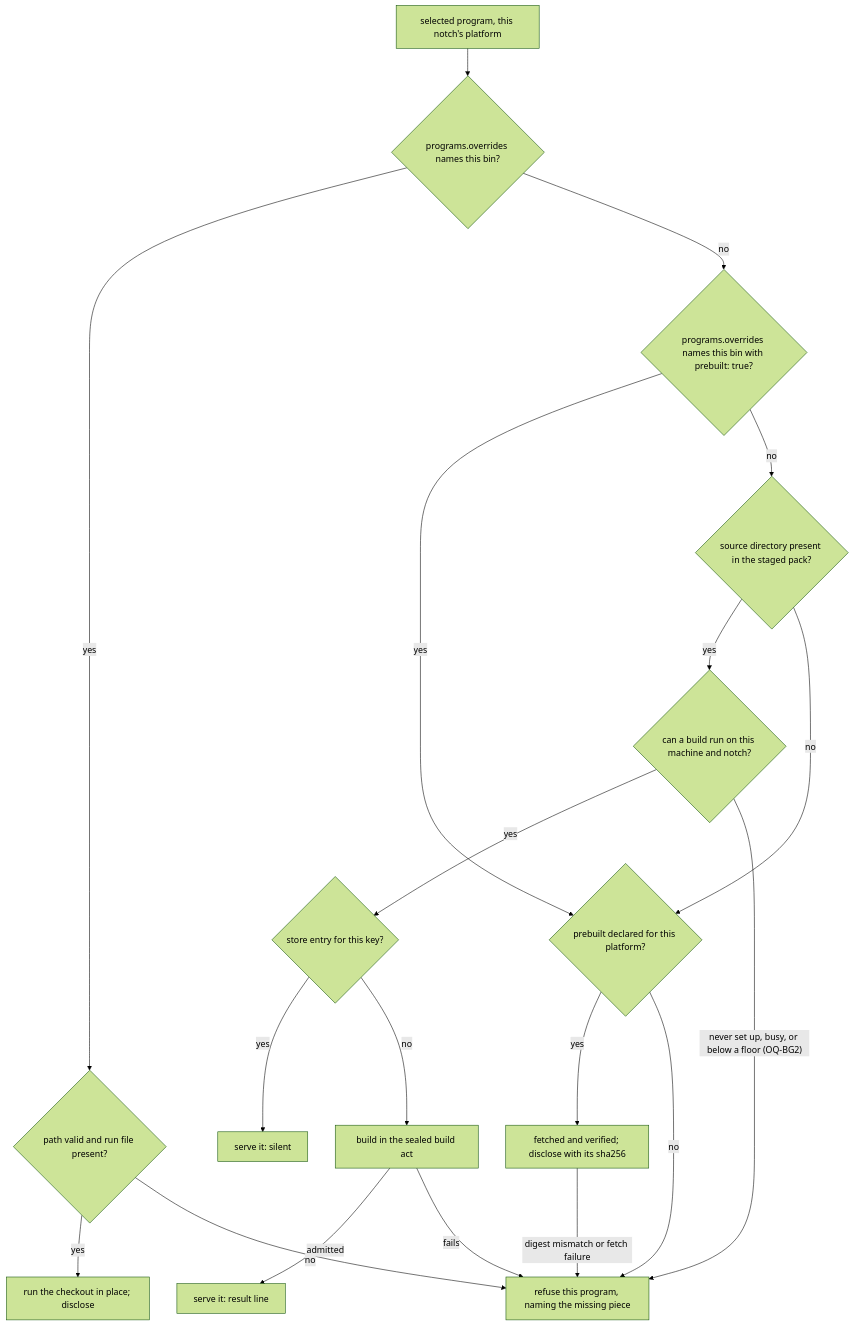
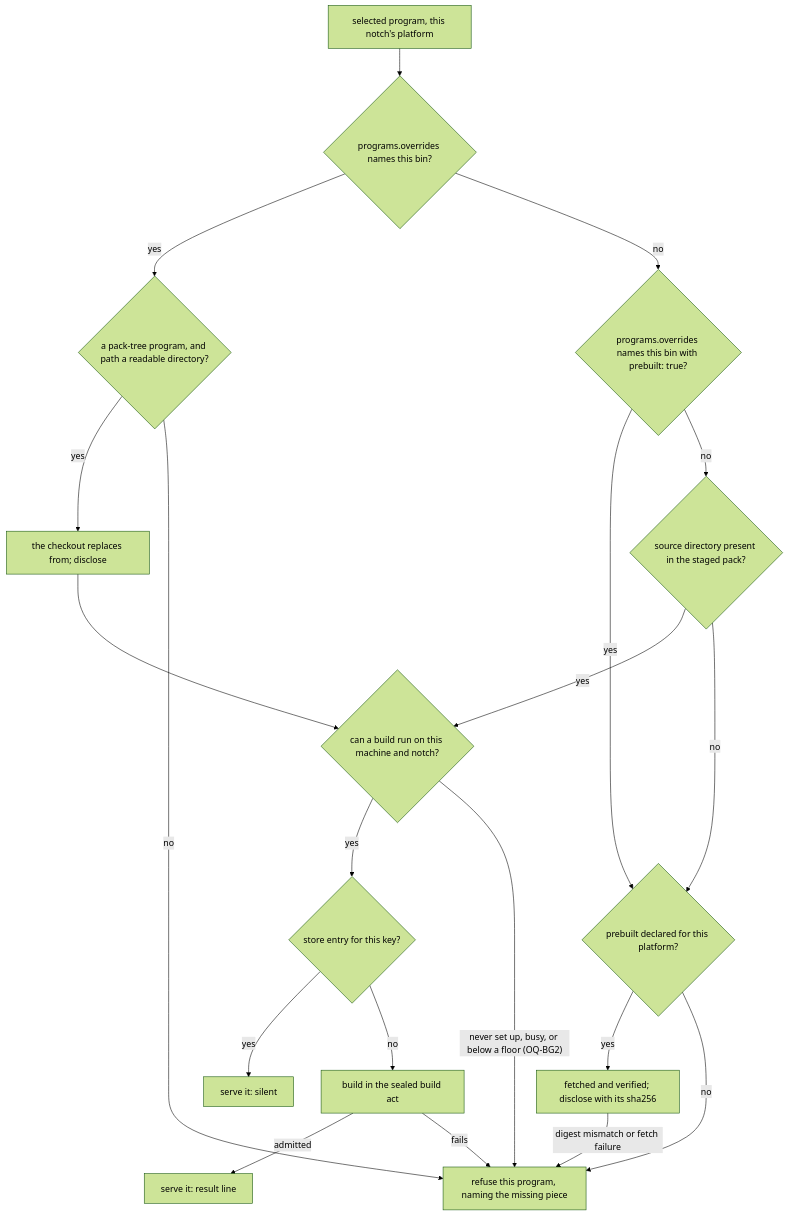
One commit to kurt-hs/yolo-jail changed the diagram in docs/design/pack-buildable-programs.md. Above: the diagram before and after it, drawn with Mermaid (forest theme). The commit also changed other lines of this file and 58 other files, not shown here.

First line of the commit message:
feat(build): build a dev override's checkout like its pack's tree at each launch

````diff
--- a/docs/design/pack-buildable-programs.md
+++ b/docs/design/pack-buildable-programs.md
@@ -218,21 +221,22 @@
 ```mermaid
 flowchart TD
   start["selected program, this notch's platform"] --> ov{"programs.overrides names this bin?"}
-  ov -- "yes" --> ovok{"path valid and run file present?"}
-  ovok -- "yes" --> ovrun["run the checkout in place; disclose"]
+  ov -- "yes" --> ovok{"a pack-tree program, and path a readable directory?"}
+  ovok -- "yes" --> ovsrc["the checkout replaces from; disclose"]
+  ovsrc --> canb
   ovok -- "no" --> refuse["refuse this program, naming the missing piece"]
   ov -- "no" --> opt{"programs.overrides names this bin with prebuilt: true?"}
   opt -- "yes" --> pre
   opt -- "no" --> src{"source directory present in the staged pack?"}
   src -- "yes" --> canb{"can a build run on this machine and notch?"}
   canb -- "yes" --> key{"store entry for this key?"}
   key -- "yes" --> serve["serve it: silent"]
   key -- "no" --> build["build in the sealed build act"]
   build -- "admitted" --> serve2["serve it: result line"]
   build -- "fails" --> refuse
   canb -- "never set up, busy, or below a floor (OQ-BG2)" --> refuse
   src -- "no" --> pre{"prebuilt declared for this platform?"}
   pre -- "yes" --> fetch["fetched and verified; disclose with its sha256"]
   pre -- "no" --> refuse
   fetch -- "digest mismatch or fetch failure" --> refuse
 ```
````
